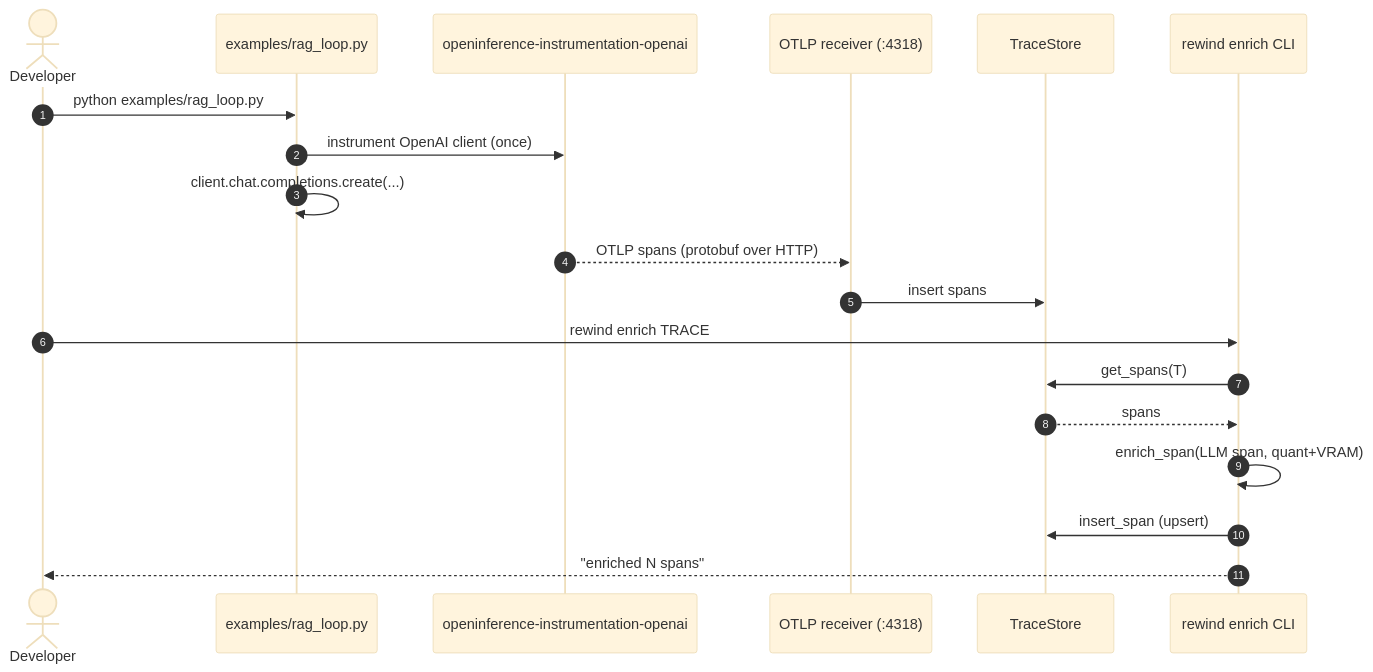
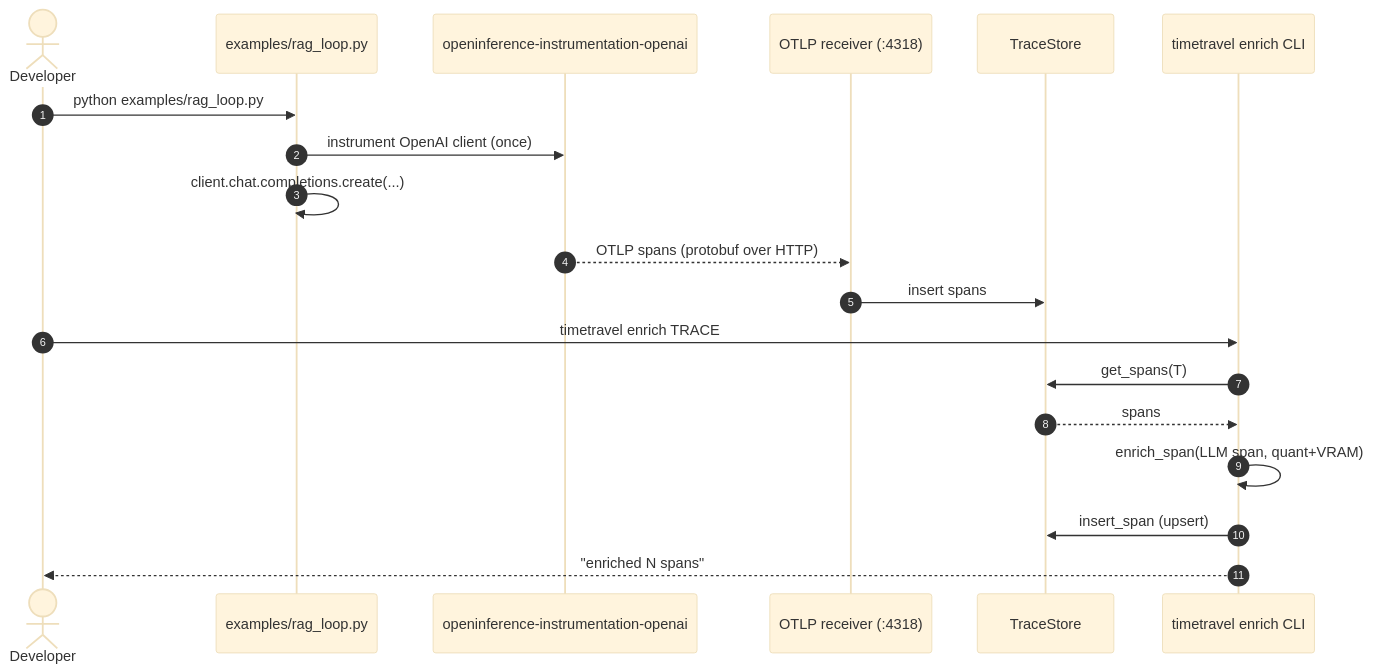
Before and after one commit to akshay-mp/Rewind: the fourth of 4 diagrams in docs/phases/phase-8.md, drawn with Mermaid (base theme). The commit also changed other lines of this file and 244 other files, not shown here.

````diff
--- a/docs/phases/phase-8.md
+++ b/docs/phases/phase-8.md
@@ -215,21 +215,21 @@
 ```mermaid
 sequenceDiagram
     autonumber
     actor U as Developer
     participant Demo as examples/rag_loop.py
     participant OI as openinference-instrumentation-openai
     participant Recv as OTLP receiver (:4318)
     participant Store as TraceStore
-    participant Enrich as rewind enrich CLI
+    participant Enrich as timetravel enrich CLI
     U->>Demo: python examples/rag_loop.py
     Demo->>OI: instrument OpenAI client (once)
     Demo->>Demo: client.chat.completions.create(...)
     OI-->>Recv: OTLP spans (protobuf over HTTP)
     Recv->>Store: insert spans
-    U->>Enrich: rewind enrich TRACE
+    U->>Enrich: timetravel enrich TRACE
     Enrich->>Store: get_spans(T)
     Store-->>Enrich: spans
     Enrich->>Enrich: enrich_span(LLM span, quant+VRAM)
     Enrich->>Store: insert_span (upsert)
     Enrich-->>U: "enriched N spans"
 ```
````
